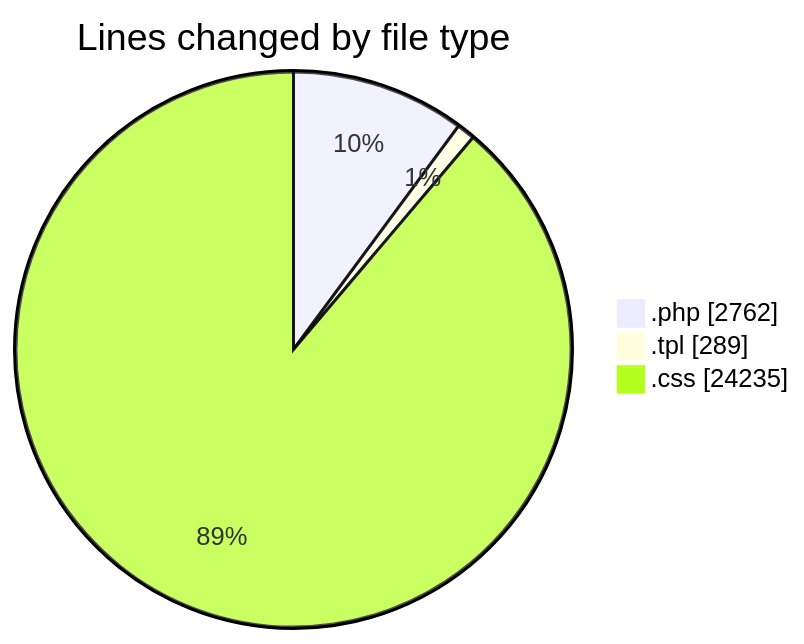
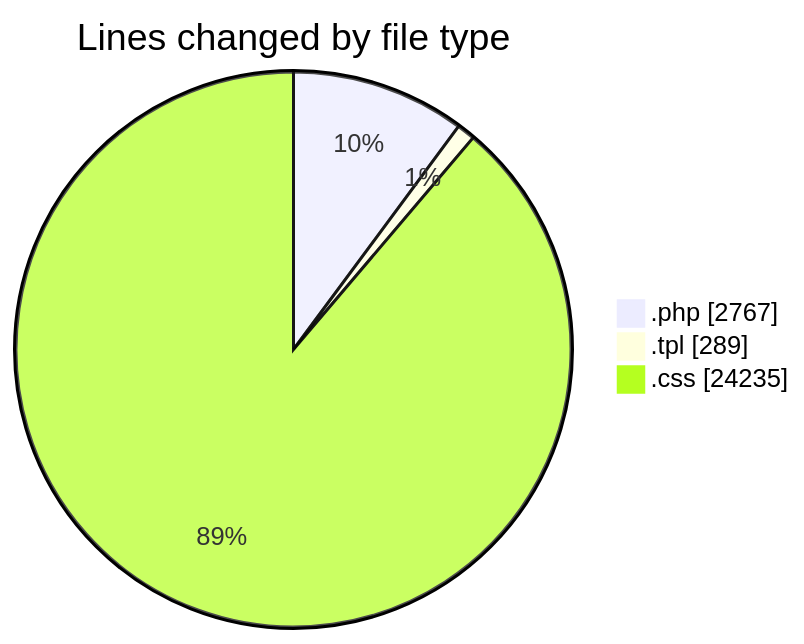
Before and after one commit to vahidmafi/code-tracking: the first of 2 diagrams in 2025-04-18/zeytoon/README.md, drawn with Mermaid. The commit also changed other lines of this file and 1 other file, not shown here.

````diff
--- a/2025-04-18/zeytoon/README.md
+++ b/2025-04-18/zeytoon/README.md
@@ -25,7 +25,7 @@
 ```mermaid
 pie showData
 title Lines changed by file type
-".php" : 2762
+".php" : 2767
 ".tpl" : 289
 ".css" : 24235
 ```
````
